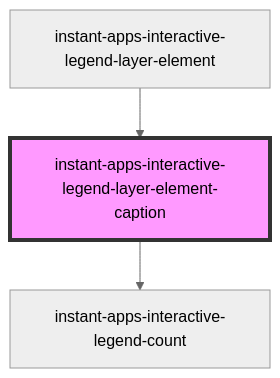
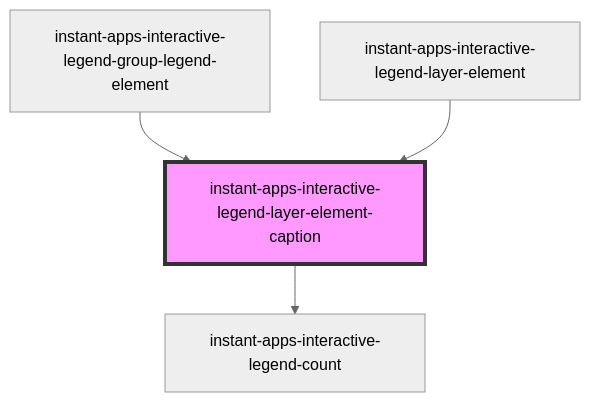
The diagram in src/components/instant-apps-interactive-legend/instant-apps-interactive-legend-layer-element-caption/readme.md (Esri/instant-apps-components), drawn with Mermaid (neutral theme) before and after one commit. The commit also changed other lines of this file and 7 other files, not shown here.

````diff
--- a/src/components/instant-apps-interactive-legend/instant-apps-interactive-legend-layer-element-caption/readme.md
+++ b/src/components/instant-apps-interactive-legend/instant-apps-interactive-legend-layer-element-caption/readme.md
@@ -36,6 +37,7 @@
 ```mermaid
 graph TD;
   instant-apps-interactive-legend-layer-element-caption --> instant-apps-interactive-legend-count
+  instant-apps-interactive-legend-group-legend-element --> instant-apps-interactive-legend-layer-element-caption
   instant-apps-interactive-legend-layer-element --> instant-apps-interactive-legend-layer-element-caption
   style instant-apps-interactive-legend-layer-element-caption fill:#f9f,stroke:#333,stroke-width:4px
 ```
````
